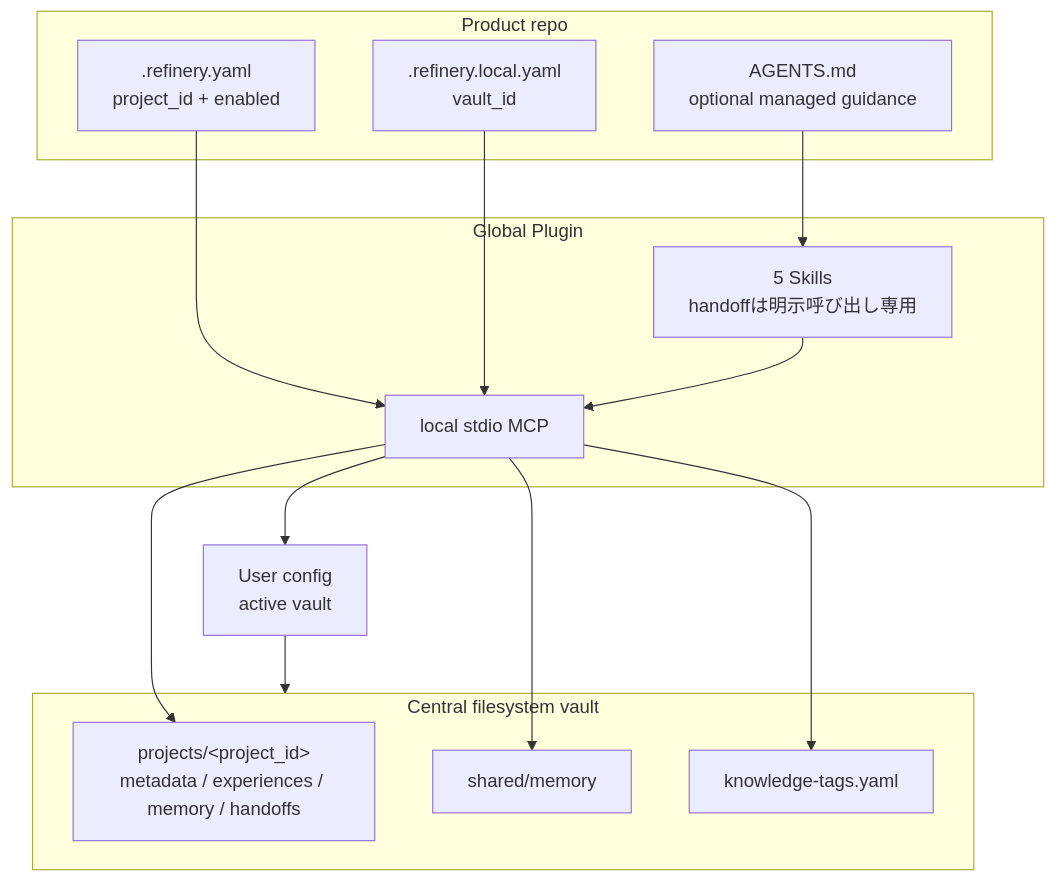
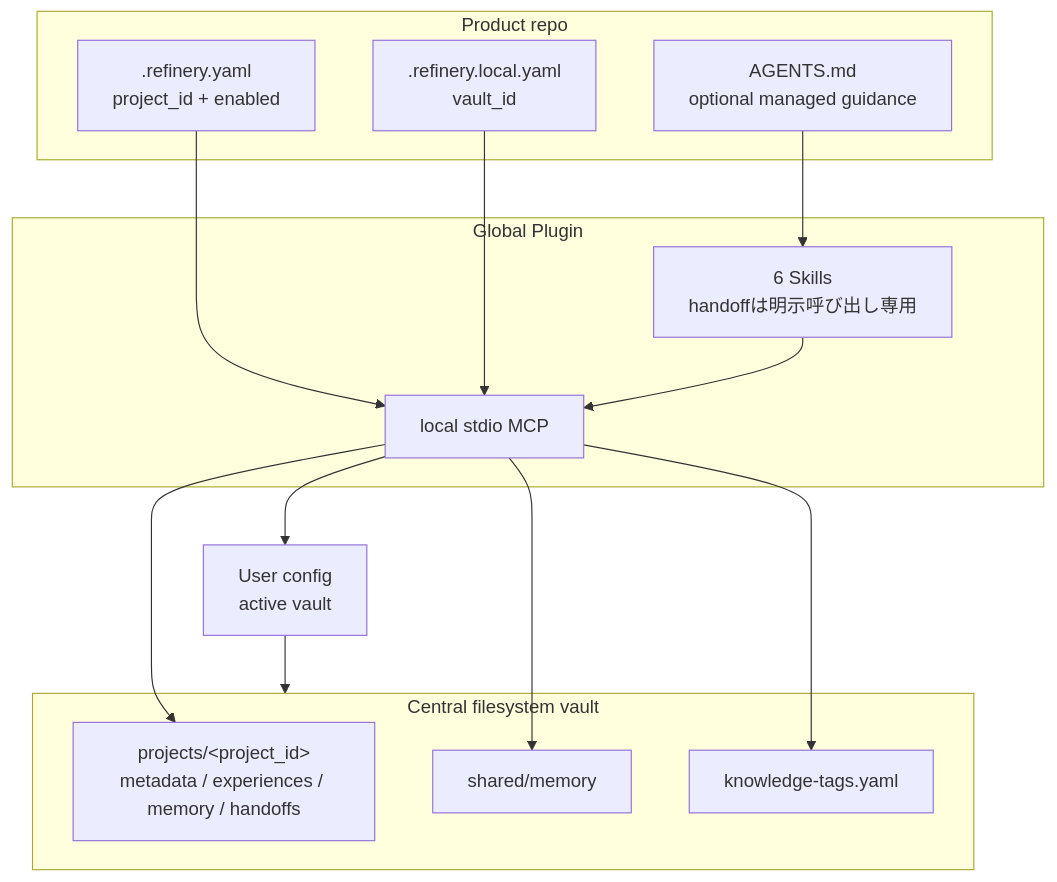
The diagram in docs/architecture.md (skanehira1126/knowledge-refinery), drawn with Mermaid before and after one commit. The commit also changed other lines of this file and 17 other files, not shown here.

````diff
--- a/docs/architecture.md
+++ b/docs/architecture.md
@@ -6,31 +6,31 @@
 ```mermaid
 flowchart TB
     subgraph Repo["Product repo"]
         RC[".refinery.yaml<br/>project_id + enabled"]
         RL[".refinery.local.yaml<br/>vault_id"]
         AG["AGENTS.md<br/>optional managed guidance"]
     end
 
     subgraph Plugin["Global Plugin"]
-        SK["5 Skills<br/>handoffは明示呼び出し専用"]
+        SK["6 Skills<br/>handoffは明示呼び出し専用"]
         MCP["local stdio MCP"]
     end
 
     CFG["User config<br/>active vault"]
 
     subgraph Vault["Central filesystem vault"]
         PM["projects/&lt;project_id&gt;<br/>metadata / experiences / memory / handoffs"]
         SM["shared/memory"]
         KT["knowledge-tags.yaml"]
     end
 
     AG --> SK
     RC --> MCP
     RL --> MCP
     SK --> MCP
     MCP --> CFG
     CFG --> Vault
     MCP --> PM
     MCP --> SM
     MCP --> KT
 ```
````
